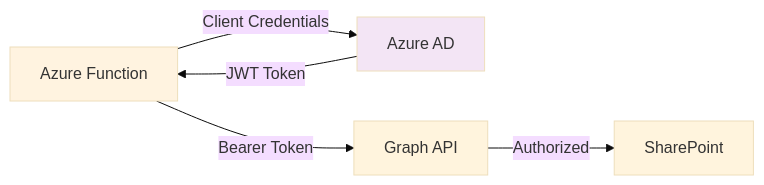
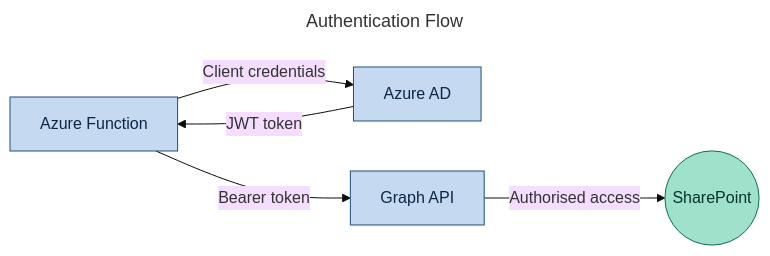
The fourth of 4 diagrams in docs/1-technical-architecture.md (stephencummins/MaceStyle), drawn with Mermaid (base theme) before and after one commit. The commit also changed other lines of this file and 2 other files, not shown here.

First line of the commit message:
Refactor Mermaid diagrams for CXO presentation quality

````diff
--- a/docs/1-technical-architecture.md
+++ b/docs/1-technical-architecture.md
@@ -382,10 +310,14 @@
 ```mermaid
-flowchart LR
-    AF[Azure Function] -->|Client Credentials| AAD[Azure AD]
-    AAD -->|JWT Token| AF
-    AF -->|Bearer Token| GRAPH[Graph API]
-    GRAPH -->|Authorized| SP[SharePoint]
+---
+title: Authentication Flow
+---
+graph LR
+    AF[Azure Function]:::primary -->|Client credentials| AAD[Azure AD]:::primary
+    AAD -->|JWT token| AF
+    AF -->|Bearer token| GR[Graph API]:::primary
+    GR -->|Authorised access| SP((SharePoint)):::outcome
 
-    style AAD fill:#f3e5f5
-    style AF fill:#fff3e0
+    classDef primary fill:#c5d9f1,stroke:#1F4E79,color:#0a2744
+    classDef decision fill:#fac775,stroke:#854f0b,color:#412402
+    classDef outcome fill:#9fe1cb,stroke:#0f6e56,color:#04342c
 ```
````
